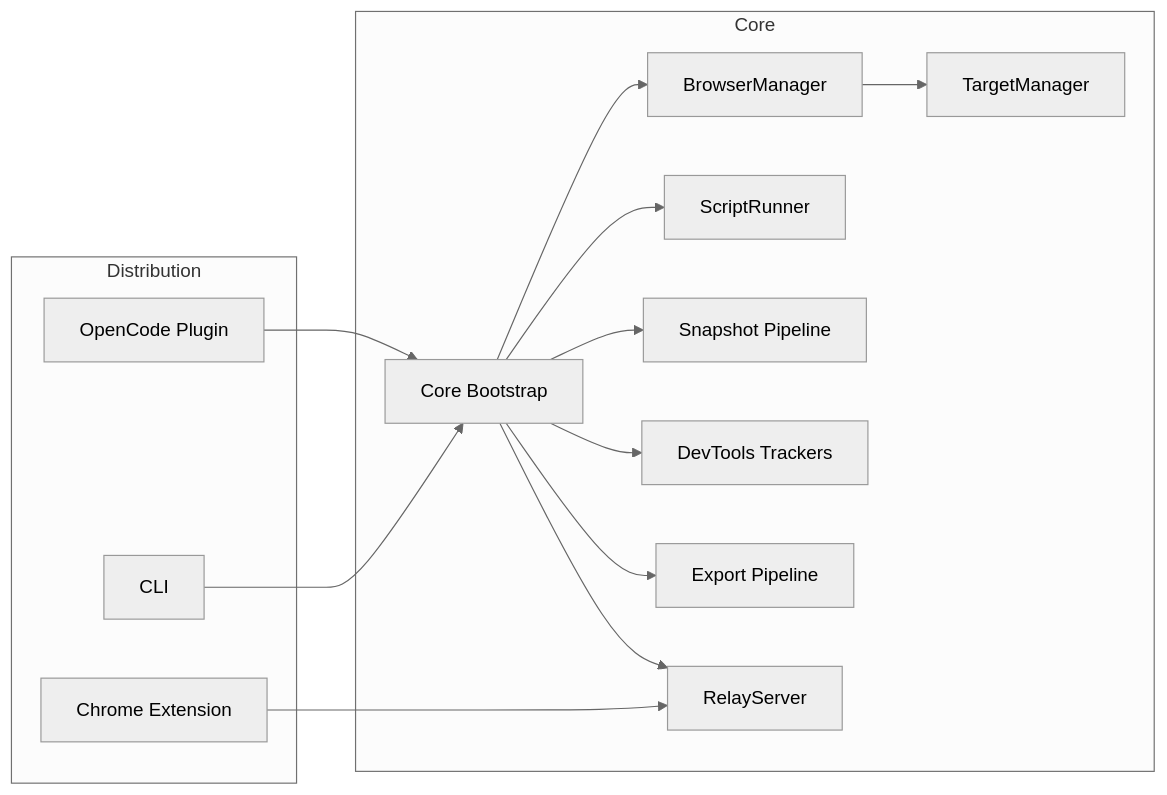
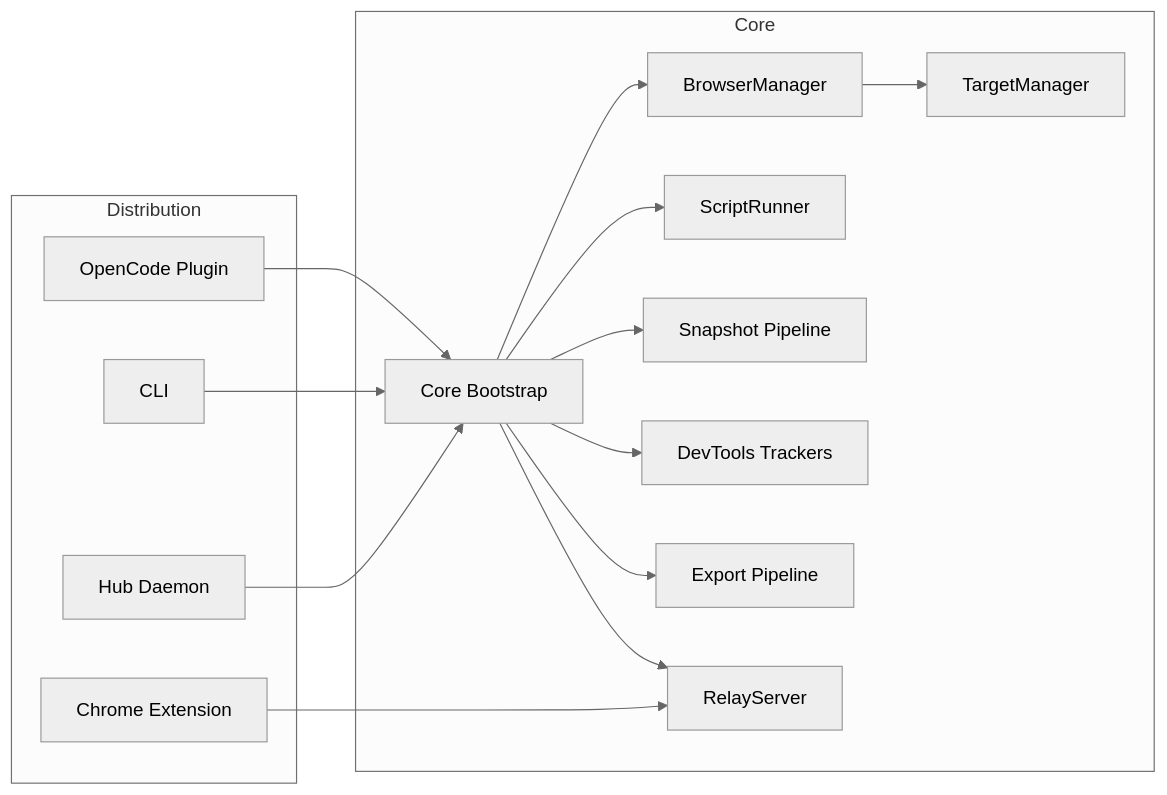
The first of 3 diagrams in docs/ARCHITECTURE.md (freshtechbro/opendevbrowser), drawn with Mermaid (neutral theme) before and after one commit. The commit also changed other lines of this file and 69 other files, not shown here.

````diff
--- a/docs/ARCHITECTURE.md
+++ b/docs/ARCHITECTURE.md
@@ -21,31 +22,33 @@
 ```mermaid
 flowchart LR
   subgraph Distribution
     Plugin[OpenCode Plugin]
     CLI[CLI]
+    Hub[Hub Daemon]
     Extension[Chrome Extension]
   end
 
   subgraph Core
     CoreBootstrap[Core Bootstrap]
     BrowserManager[BrowserManager]
     TargetManager[TargetManager]
     ScriptRunner[ScriptRunner]
     Snapshotter[Snapshot Pipeline]
     Devtools[DevTools Trackers]
     Exporter[Export Pipeline]
     Relay[RelayServer]
   end
 
   Plugin --> CoreBootstrap
   CLI --> CoreBootstrap
+  Hub --> CoreBootstrap
   Extension --> Relay
 
   CoreBootstrap --> BrowserManager
   BrowserManager --> TargetManager
   CoreBootstrap --> ScriptRunner
   CoreBootstrap --> Snapshotter
   CoreBootstrap --> Devtools
   CoreBootstrap --> Exporter
   CoreBootstrap --> Relay
 ```
````
